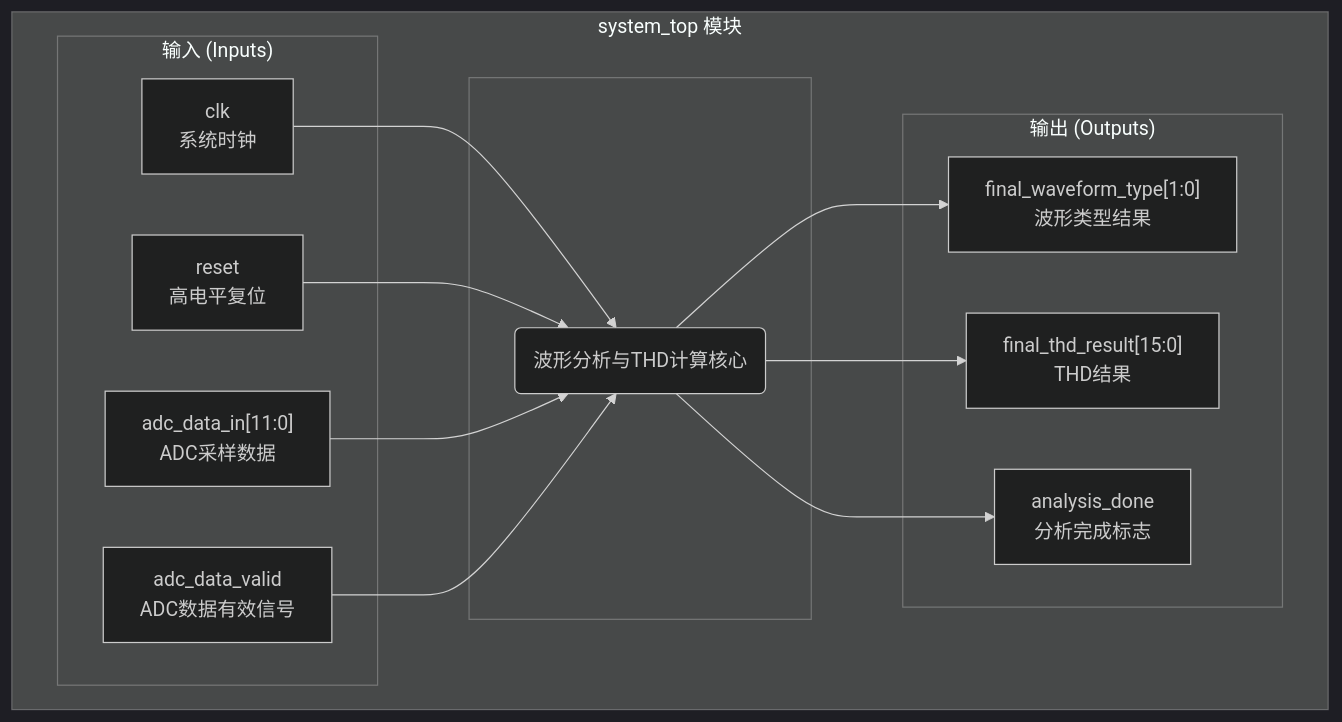
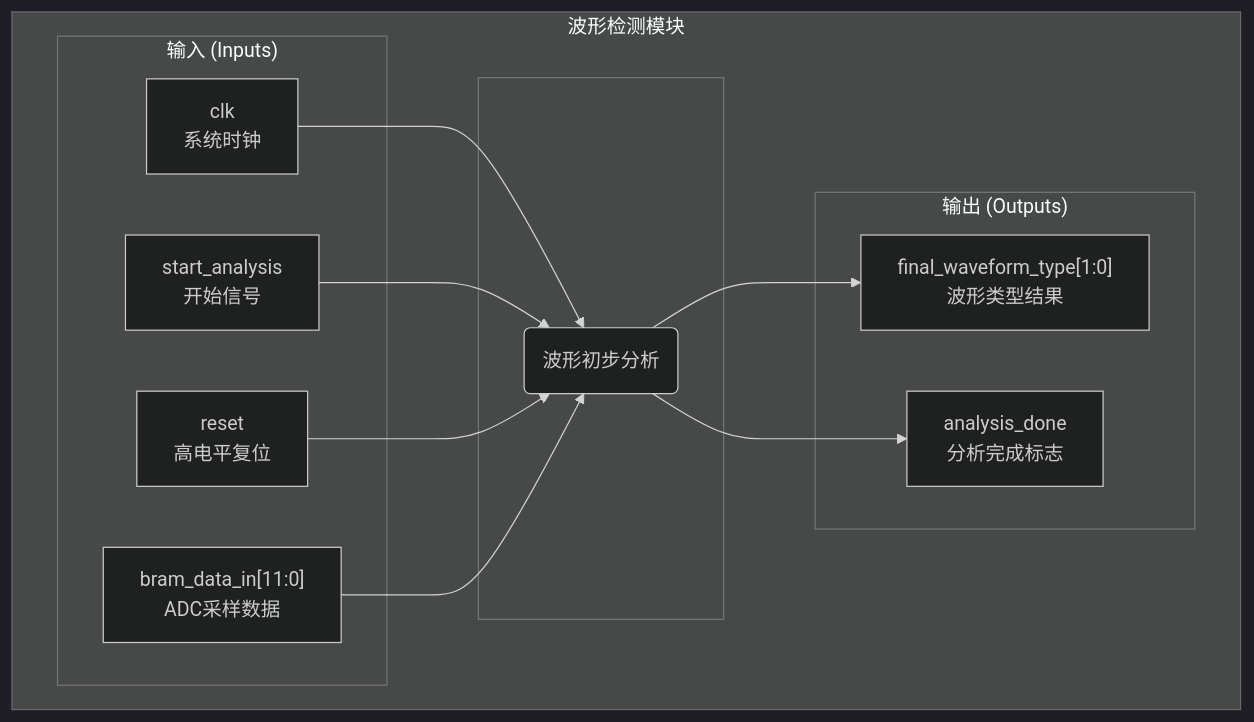
The second of 2 diagrams in doc/波形检测.md (vixhentx/osc), drawn with Mermaid (dark theme) before and after one commit. The commit also changed other lines of this file and 1 other file, not shown here.

````diff
--- a/doc/波形检测.md
+++ b/doc/波形检测.md
@@ -22,25 +25,24 @@
 ```mermaid
 graph TD
-subgraph "system_top 模块"
+subgraph "波形检测模块"
 direction LR
 
     subgraph  
-        Logic(波形分析与THD计算核心)
+        Logic(波形初步分析)
     end
 
     subgraph "输入 (Inputs)"
         clk["clk<br/>系统时钟"] --> Logic
+        start["start_analysis<br/>开始信号"] --> Logic
         reset["reset<br/>高电平复位"] --> Logic
-        adc_data_in["adc_data_in[11:0]<br/>ADC采样数据"] --> Logic
-        adc_data_valid["adc_data_valid<br/>ADC数据有效信号"] --> Logic
+        bram_data_in["bram_data_in[11:0]<br/>ADC采样数据"] --> Logic
     end
 
     
     
     subgraph "输出 (Outputs)"
         Logic --> final_waveform_type["final_waveform_type[1:0]<br/>波形类型结果"]
-        Logic --> final_thd_result["final_thd_result[15:0]<br/>THD结果"]
-        Logic --> analysis_done["analysis_done<br/>分析完成标志"]
+        Logic --> one["analysis_done<br/>分析完成标志"]
     end
 end
 ```
````
